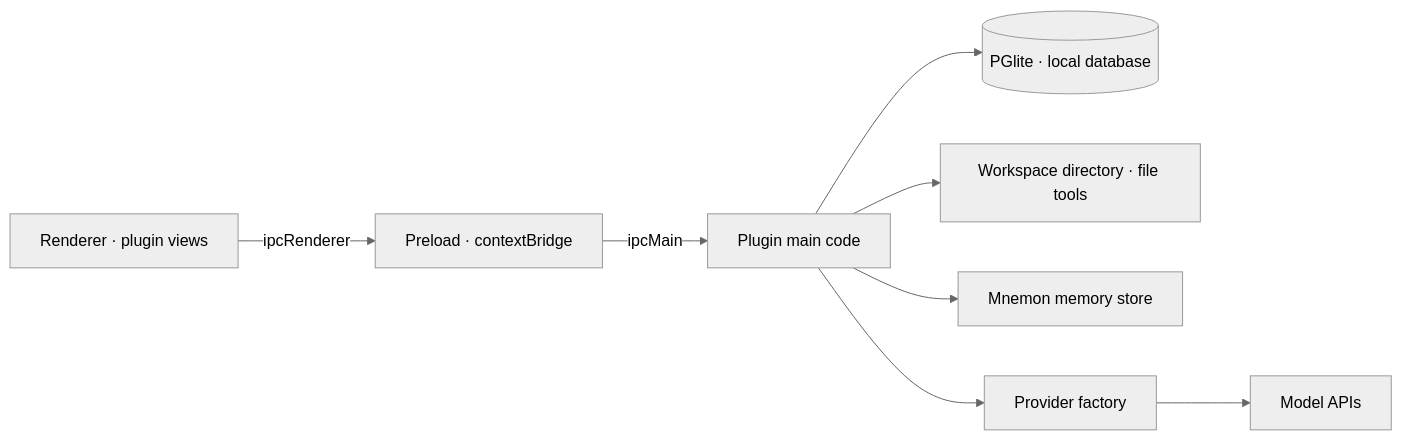
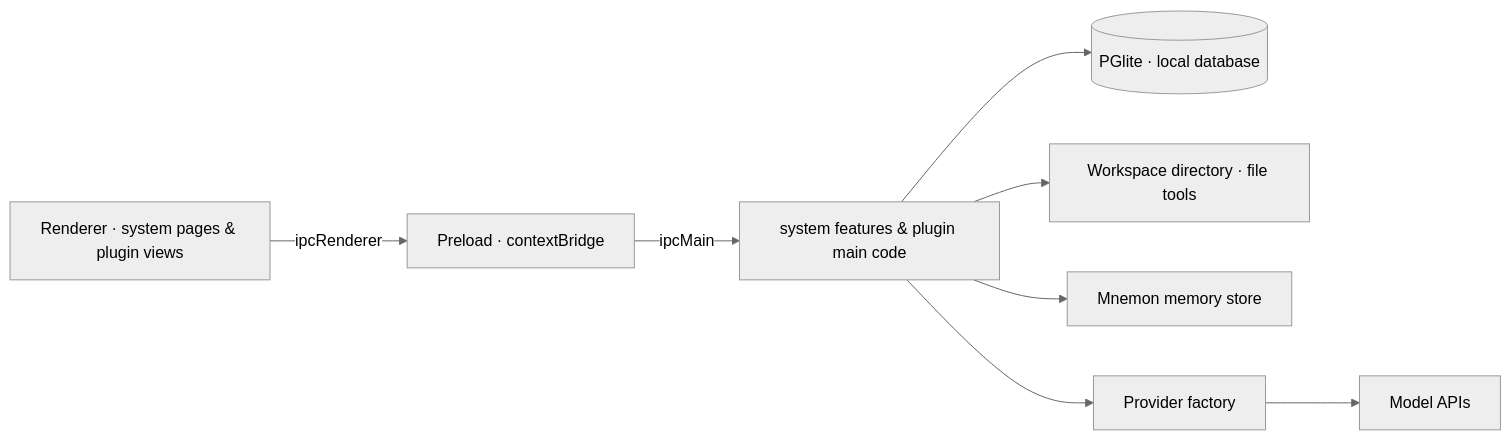
Before and after one commit to Aitenry/ryten-bench: the second of 2 diagrams in README.md, drawn with Mermaid (neutral theme). The commit also changed other lines of this file and 324 other files, not shown here.

First line of the commit message:
feat(shell): make the notes workspace and AI assistant system features

````diff
--- a/README.md
+++ b/README.md
@@ -461,10 +530,10 @@
 ```mermaid
 flowchart LR
-    UI["Renderer · plugin views"] -->|ipcRenderer| Pre["Preload · contextBridge"]
-    Pre -->|ipcMain| Plugins["Plugin main code"]
-    Plugins --> DB[("PGlite · local database")]
-    Plugins --> FS["Workspace directory · file tools"]
-    Plugins --> Mem["Mnemon memory store"]
-    Plugins --> LLM["Provider factory"]
+    UI["Renderer · system pages & plugin views"] -->|ipcRenderer| Pre["Preload · contextBridge"]
+    Pre -->|ipcMain| Handlers["system features & plugin main code"]
+    Handlers --> DB[("PGlite · local database")]
+    Handlers --> FS["Workspace directory · file tools"]
+    Handlers --> Mem["Mnemon memory store"]
+    Handlers --> LLM["Provider factory"]
     LLM --> Remote["Model APIs"]
 ```
````
